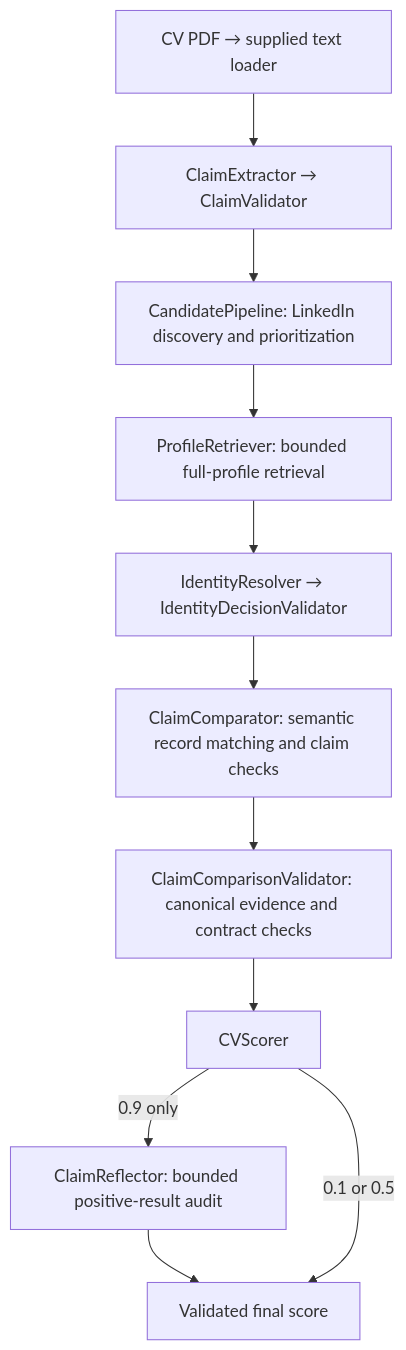
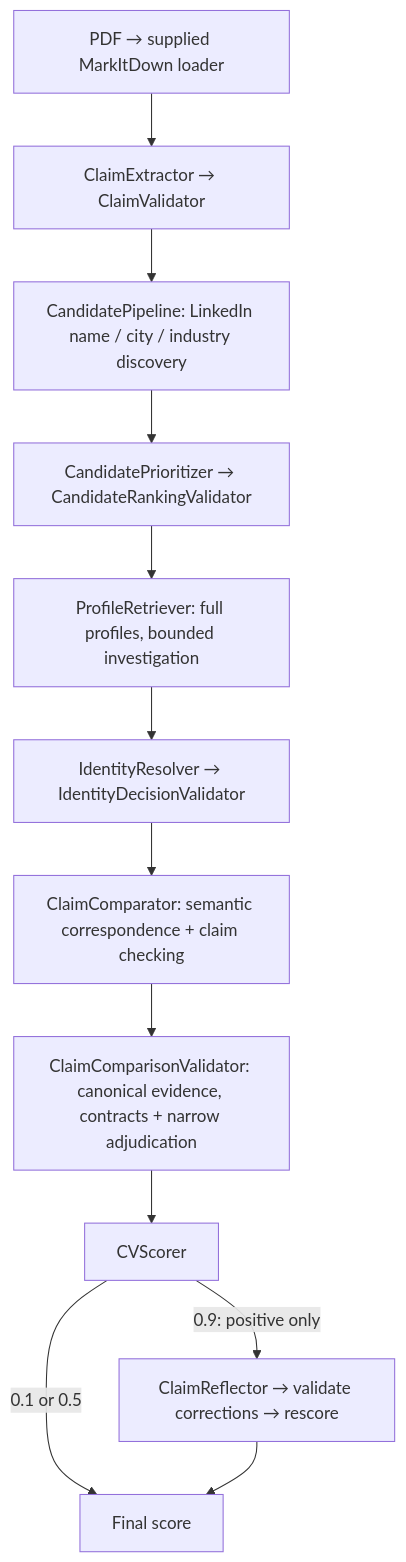
Before and after one commit to alistairkung/FTEC5660-HW2: the diagram in README.md, drawn with Mermaid. The commit also changed other lines of this file, not shown here.

Commit message:
Expand Task 1 report into first-person engineering decision narrative

````diff
--- a/README.md
+++ b/README.md
@@ -97,13 +97,14 @@
 ```mermaid
 flowchart TD
-    PDF["CV PDF → supplied text loader"] --> Extract["ClaimExtractor → ClaimValidator"]
-    Extract --> Search["CandidatePipeline: LinkedIn discovery and prioritization"]
-    Search --> Retrieve["ProfileRetriever: bounded full-profile retrieval"]
-    Retrieve --> Identity["IdentityResolver → IdentityDecisionValidator"]
-    Identity --> Compare["ClaimComparator: semantic record matching and claim checks"]
-    Compare --> Validate["ClaimComparisonValidator: canonical evidence and contract checks"]
-    Validate --> Score["CVScorer"]
-    Score -->|"0.9 only"| Reflect["ClaimReflector: bounded positive-result audit"]
-    Reflect --> Final["Validated final score"]
-    Score -->|"0.1 or 0.5"| Final
+    PDF["PDF → supplied MarkItDown loader"] --> EX["ClaimExtractor → ClaimValidator"]
+    EX --> DISC["CandidatePipeline: LinkedIn name / city / industry discovery"]
+    DISC --> RANK["CandidatePrioritizer → CandidateRankingValidator"]
+    RANK --> RET["ProfileRetriever: full profiles, bounded investigation"]
+    RET --> ID["IdentityResolver → IdentityDecisionValidator"]
+    ID --> CMP["ClaimComparator: semantic correspondence + claim checking"]
+    CMP --> VAL["ClaimComparisonValidator: canonical evidence, contracts + narrow adjudication"]
+    VAL --> SCORE["CVScorer"]
+    SCORE -->|"0.9: positive only"| REF["ClaimReflector → validate corrections → rescore"]
+    SCORE -->|"0.1 or 0.5"| OUT["Final score"]
+    REF --> OUT
 ```
````
